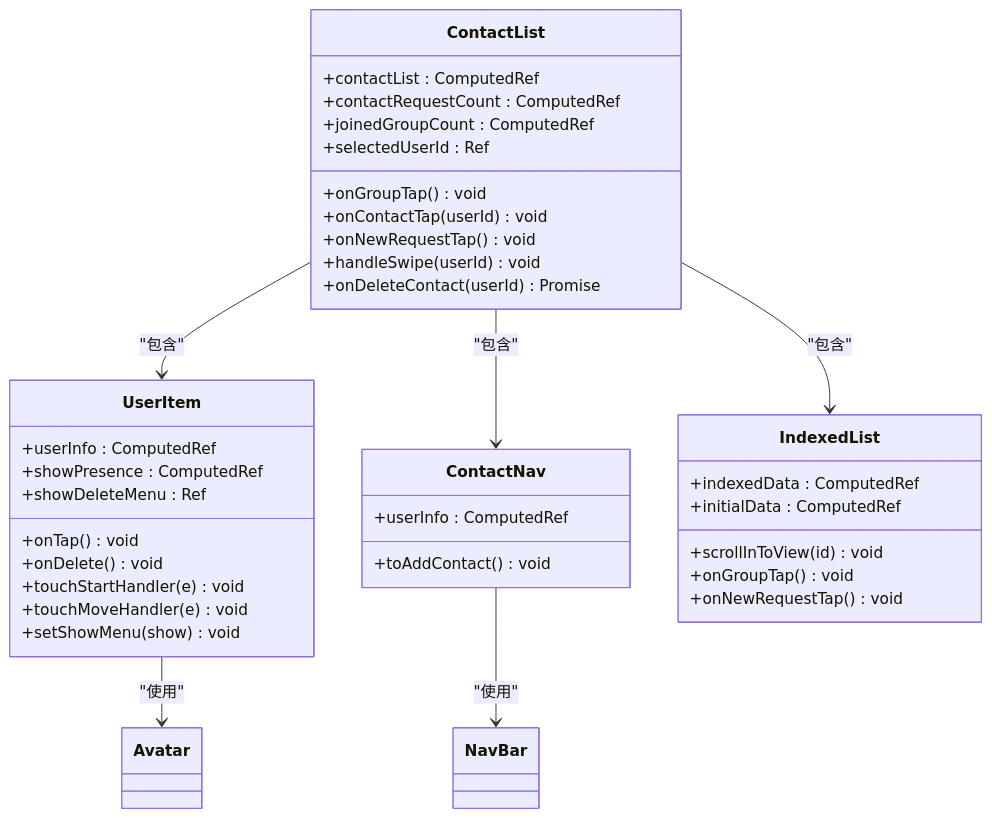
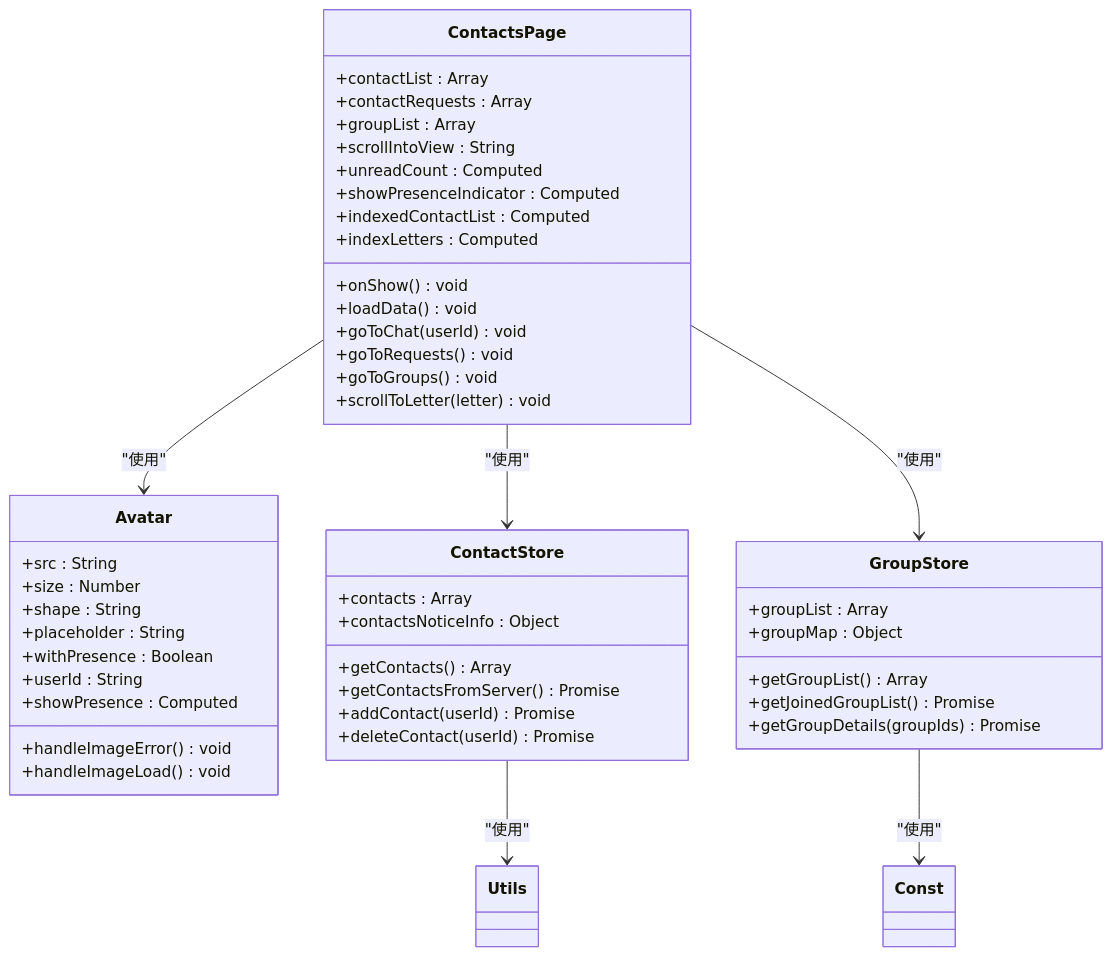
One commit to Easemob-Community/easemob-uikit-uniapp-community changed the third of 7 diagrams in .qoder/repowiki/zh/content/Contacts Page.md. Above: the diagram before and after it, drawn with Mermaid. The commit also changed other lines of this file and 5 other files, not shown here.

Commit message:
fix: add conditional compilation for contacts page - use IndexedList for non-MP, inline render for MP

````diff
--- a/.qoder/repowiki/zh/content/Contacts Page.md
+++ b/.qoder/repowiki/zh/content/Contacts Page.md
@@ -165,40 +153,50 @@
 ```mermaid
 classDiagram
-class ContactList {
-+contactList : ComputedRef
-+contactRequestCount : ComputedRef
-+joinedGroupCount : ComputedRef
-+selectedUserId : Ref
-+onGroupTap() void
-+onContactTap(userId) void
-+onNewRequestTap() void
-+handleSwipe(userId) void
-+onDeleteContact(userId) Promise
+class ContactsPage {
++contactList : Array
++contactRequests : Array
++groupList : Array
++scrollIntoView : String
++unreadCount : Computed
++showPresenceIndicator : Computed
++indexedContactList : Computed
++indexLetters : Computed
++onShow() void
++loadData() void
++goToChat(userId) void
++goToRequests() void
++goToGroups() void
++scrollToLetter(letter) void
 }
-class UserItem {
-+userInfo : ComputedRef
-+showPresence : ComputedRef
-+showDeleteMenu : Ref
-+onTap() void
-+onDelete() void
-+touchStartHandler(e) void
-+touchMoveHandler(e) void
-+setShowMenu(show) void
+class Avatar {
++src : String
++size : Number
++shape : String
++placeholder : String
++withPresence : Boolean
++userId : String
++showPresence : Computed
++handleImageError() void
++handleImageLoad() void
 }
-class ContactNav {
-+userInfo : ComputedRef
-+toAddContact() void
+class ContactStore {
++contacts : Array
++contactsNoticeInfo : Object
++getContacts() Array
++getContactsFromServer() Promise
++addContact(userId) Promise
++deleteContact(userId) Promise
 }
-class IndexedList {
-+indexedData : ComputedRef
-+initialData : ComputedRef
-+scrollInToView(id) void
-+onGroupTap() void
-+onNewRequestTap() void
+class GroupStore {
++groupList : Array
++groupMap : Object
++getGroupList() Array
++getJoinedGroupList() Promise
++getGroupDetails(groupIds) Promise
 }
-ContactList --> UserItem : "包含"
-ContactList --> ContactNav : "包含"
-ContactList --> IndexedList : "包含"
-UserItem --> Avatar : "使用"
-ContactNav --> NavBar : "使用"
+ContactsPage --> Avatar : "使用"
+ContactsPage --> ContactStore : "使用"
+ContactsPage --> GroupStore : "使用"
+ContactStore --> Utils : "使用"
+GroupStore --> Const : "使用"
 ```
````
